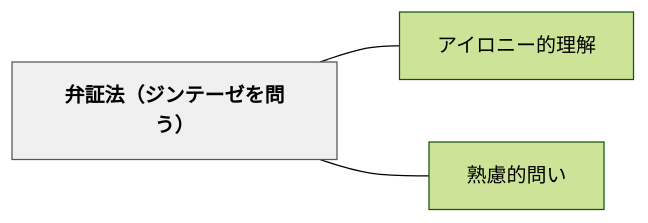
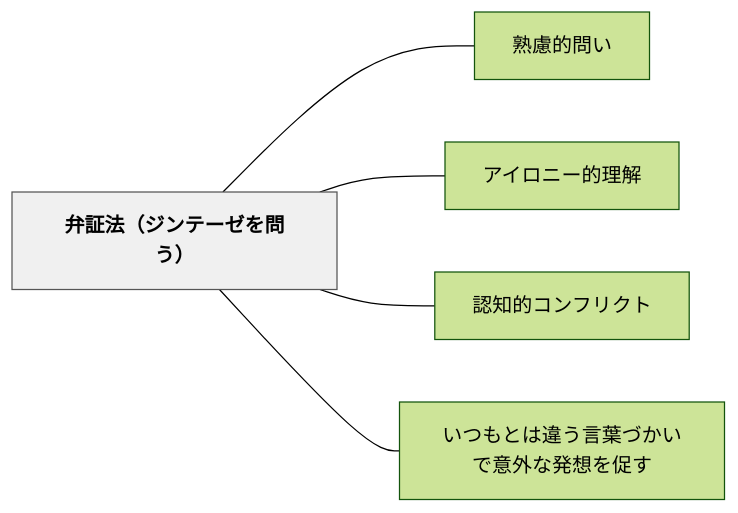
One commit to unknownthings-ed-patterns/unknownthings-ed-patterns changed the diagram in content/パタン/弁証法（ジンテーゼを問う）.md. Above: the diagram before and after it, drawn with Mermaid (forest theme). The commit also changed other lines of this file and 47 other files, not shown here.

````diff
--- a/content/パタン/弁証法（ジンテーゼを問う）.md
+++ b/content/パタン/弁証法（ジンテーゼを問う）.md
@@ -45,12 +46,16 @@
 ```mermaid
 flowchart LR
     ne5bc81e8a8bc["弁証法（ジンテーゼを問う）"]
+    ne7869fe685ae["熟慮的問い"]
     ne382a2e382a4["アイロニー的理解"]
-    ne7869fe685ae["熟慮的問い"]
+    ne8aa8de79fa5["認知的コンフリクト"]
+    ne38184e381a4["いつもとは違う言葉づかいで意外な発想を促す"]
 
+    ne5bc81e8a8bc --- ne7869fe685ae
     ne5bc81e8a8bc --- ne382a2e382a4
-    ne5bc81e8a8bc --- ne7869fe685ae
+    ne5bc81e8a8bc --- ne8aa8de79fa5
+    ne5bc81e8a8bc --- ne38184e381a4
 
     classDef hub fill:#f0f0f0,stroke:#555,color:#000,font-weight:bold
     class ne5bc81e8a8bc hub
 ```
````
